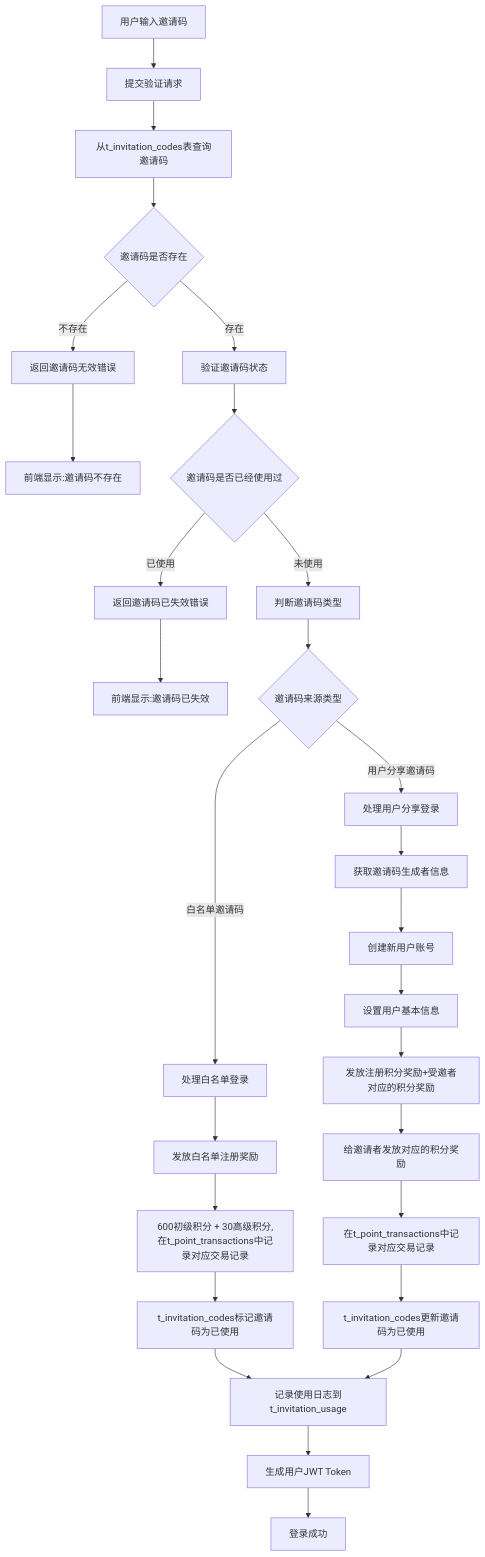
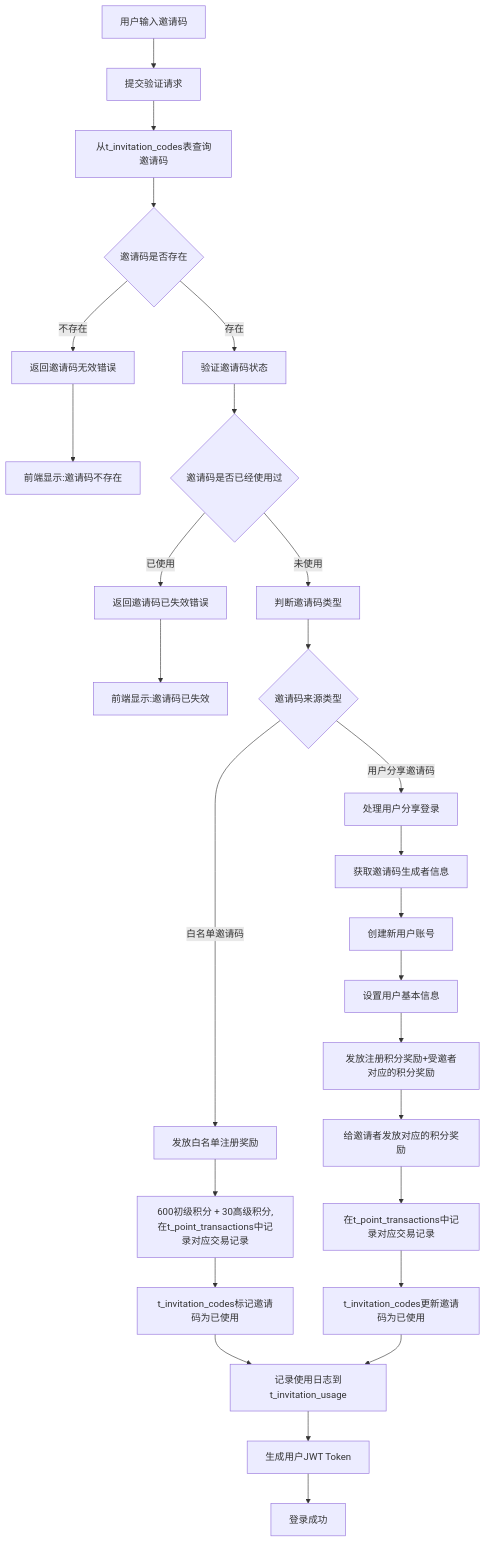
The diagram in all/未命名-76.md (yingjianzh/iodraw-files), drawn with Mermaid before and after one commit.

Commit message:
2025-07-08 10:50:17 update

````diff
--- a/all/未命名-76.md
+++ b/all/未命名-76.md
@@ -1,38 +1,37 @@
 ```mermaid
 
 flowchart TD
     B[用户输入邀请码]
     B --> E[提交验证请求]
     E --> H[从t_invitation_codes表查询邀请码]
     H --> I{邀请码是否存在}
     I -->|不存在| J[返回邀请码无效错误]
     J --> K[前端显示:邀请码不存在]
     
     I -->|存在| L[验证邀请码状态]
     L --> M{邀请码是否已经使用过}
     M -->|已使用| N[返回邀请码已失效错误]
     N --> O[前端显示:邀请码已失效]
     
     M -->|未使用| X[判断邀请码类型]
     X --> Y{邀请码来源类型}
     
-    Y -->|白名单邀请码| Z[处理白名单登录]
-    Z --> Z4[发放白名单注册奖励]
+    Y -->|白名单邀请码| Z4[发放白名单注册奖励]
     Z4 --> Z5[600初级积分 + 30高级积分,在t_point_transactions中记录对应交易记录]
     Z5 --> Z6[t_invitation_codes标记邀请码为已使用]
     Z6 --> AA[记录使用日志到t_invitation_usage]
     
     Y -->|用户分享邀请码| BB[处理用户分享登录]
     BB --> BB1[获取邀请码生成者信息]
     BB1 --> BB2[创建新用户账号]
     BB2 --> BB3[设置用户基本信息]
     BB3 --> BB4[发放注册积分奖励+受邀者对应的积分奖励]
     BB4 --> BB5[给邀请者发放对应的积分奖励]
     BB5 --> BB6[在t_point_transactions中记录对应交易记录]
     BB6 --> BB7[t_invitation_codes更新邀请码为已使用]
     BB7 --> AA
     
     AA --> CC[生成用户JWT Token]
     CC --> DD[登录成功]  
 
 ```
````
